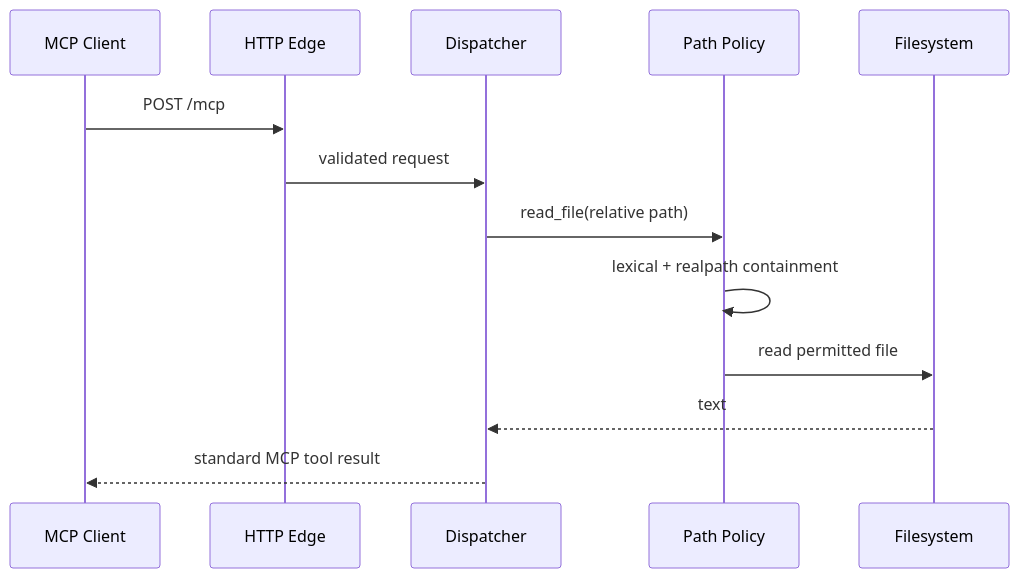
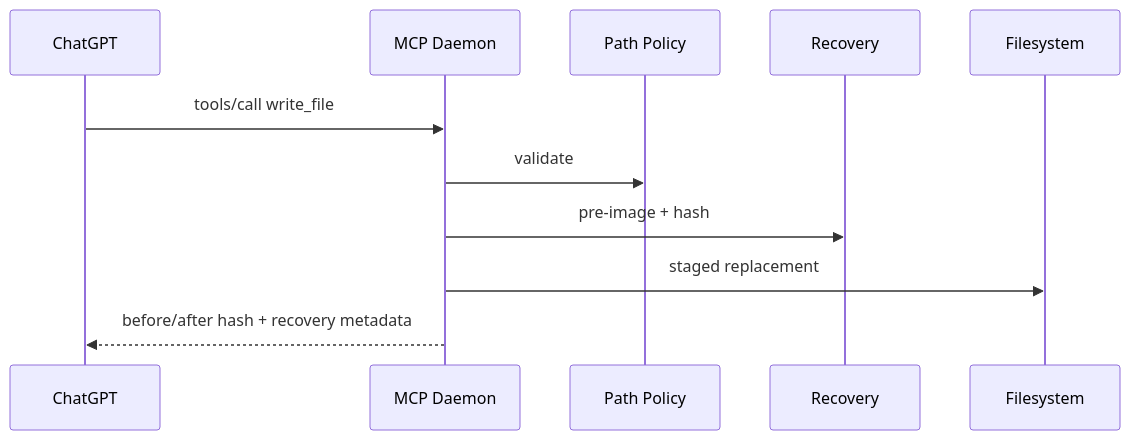
The second of 2 diagrams in docs/ARCH.md (spark00000/SPARK), drawn with Mermaid before and after one commit. The commit also changed other lines of this file and 36 other files, not shown here.

````diff
--- a/docs/ARCH.md
+++ b/docs/ARCH.md
@@ -156,16 +49,13 @@
 ```mermaid
 sequenceDiagram
-    participant C as MCP Client
-    participant H as HTTP Edge
-    participant M as Dispatcher
-    participant P as Path Policy
-    participant F as Filesystem
-
-    C->>H: POST /mcp
-    H->>M: validated request
-    M->>P: read_file(relative path)
-    P->>P: lexical + realpath containment
-    P->>F: read permitted file
-    F-->>M: text
-    M-->>C: standard MCP tool result
+ participant C as ChatGPT
+ participant D as MCP Daemon
+ participant P as Path Policy
+ participant B as Recovery
+ participant F as Filesystem
+ C->>D: tools/call write_file
+ D->>P: validate
+ D->>B: pre-image + hash
+ D->>F: staged replacement
+ D-->>C: before/after hash + recovery metadata
 ```
````
